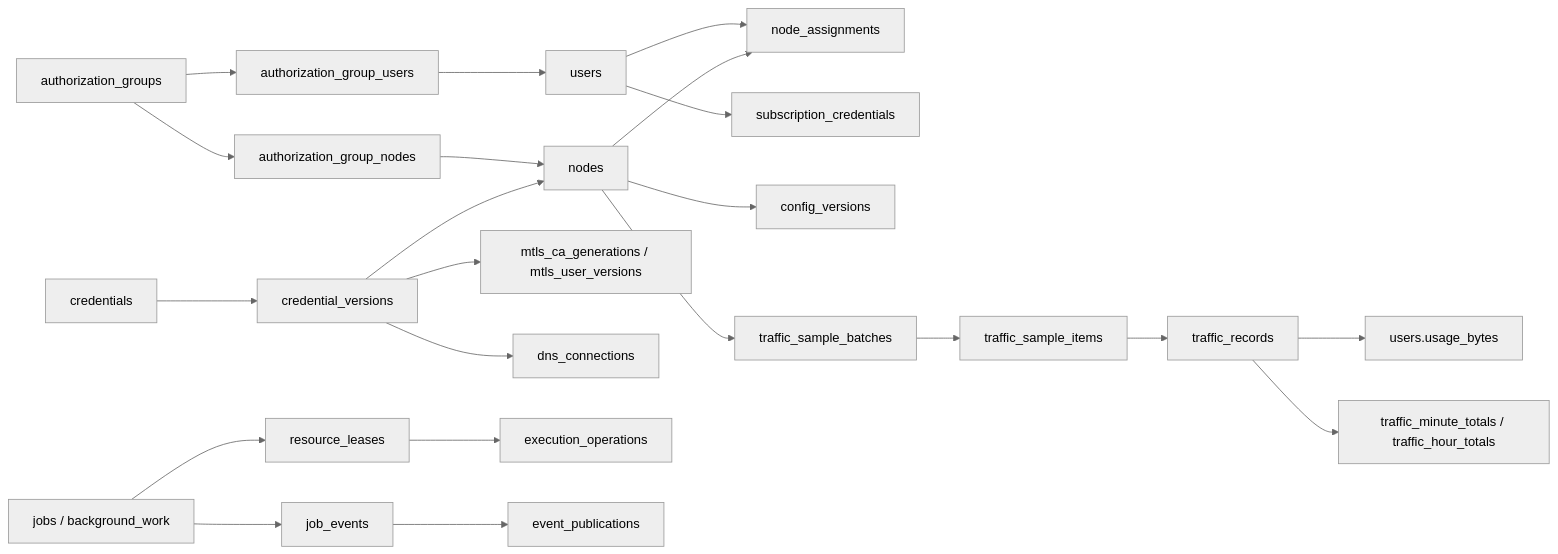
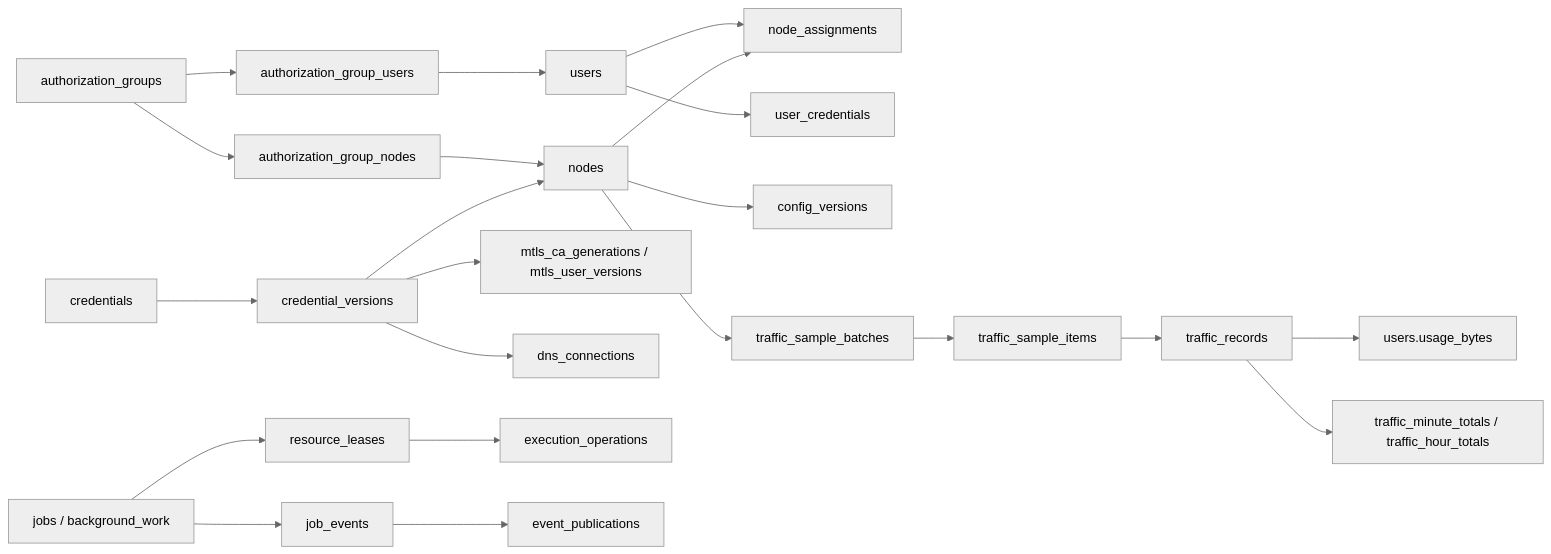
Before and after one commit to nieaowei/HysteriaX: the diagram in docs/database-tables.md, drawn with Mermaid (neutral theme). The commit also changed other lines of this file and 68 other files, not shown here.

First line of the commit message:
Unify user credentials and rotate connection and subscription secrets together

````diff
--- a/docs/database-tables.md
+++ b/docs/database-tables.md
@@ -37,24 +37,24 @@
 ```mermaid
 flowchart LR
     groups[authorization_groups] --> gu[authorization_group_users]
     groups --> gn[authorization_group_nodes]
     gu --> users[users]
     gn --> nodes[nodes]
     users --> assignments[node_assignments]
     nodes --> assignments
-    users --> subscriptions[subscription_credentials]
+    users --> subscriptions[user_credentials]
     nodes --> configs[config_versions]
     credentials[credentials] --> versions[credential_versions]
     versions --> nodes
     versions --> mtls[mtls_ca_generations / mtls_user_versions]
     versions --> dns[dns_connections]
     nodes --> batches[traffic_sample_batches]
     batches --> items[traffic_sample_items]
     items --> records[traffic_records]
     records --> usage[users.usage_bytes]
     records --> totals[traffic_minute_totals / traffic_hour_totals]
     jobs[jobs / background_work] --> leases[resource_leases]
     leases --> operations[execution_operations]
     jobs --> events[job_events]
     events --> publications[event_publications]
 ```
````
